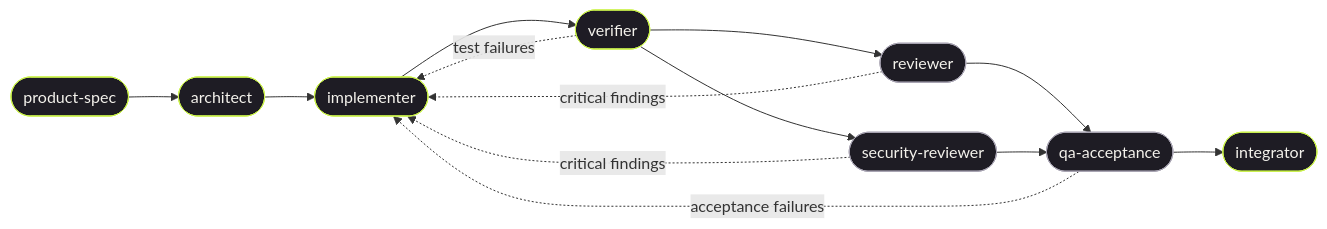
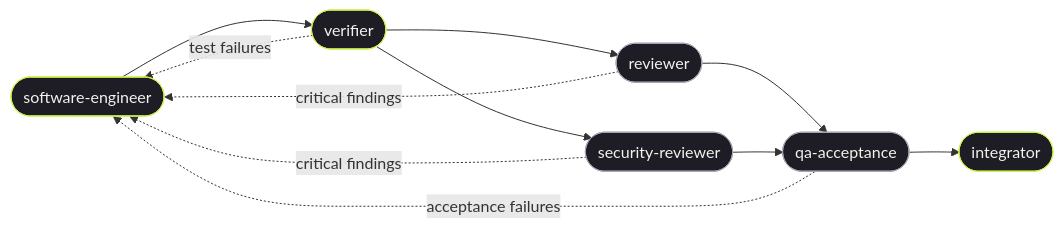
The diagram in CLAUDE.md (leeran7/building-blocks), drawn with Mermaid before and after one commit. The commit also changed other lines of this file and 45 other files, not shown here.

First line of the commit message:
refactor: merge product-spec + architect + implementer into software-engineer

````diff
--- a/CLAUDE.md
+++ b/CLAUDE.md
@@ -36,28 +36,24 @@
 ```mermaid
 graph LR
-  PS([product-spec]) --> A([architect])
-  A --> I([implementer])
-  I --> V([verifier])
+  SE([software-engineer]) --> V([verifier])
 
   V --> R([reviewer])
   V --> SR([security-reviewer])
 
   R --> QA([qa-acceptance])
   SR --> QA
 
   QA --> INT([integrator])
 
-  R -. "critical findings" .-> I
-  SR -. "critical findings" .-> I
-  V -. "test failures" .-> I
-  QA -. "acceptance failures" .-> I
+  R -. "critical findings" .-> SE
+  SR -. "critical findings" .-> SE
+  V -. "test failures" .-> SE
+  QA -. "acceptance failures" .-> SE
 
-  style PS fill:#1e1c24,stroke:#cbf24d,color:#f4f2ec
-  style A fill:#1e1c24,stroke:#cbf24d,color:#f4f2ec
-  style I fill:#1e1c24,stroke:#cbf24d,color:#f4f2ec
+  style SE fill:#1e1c24,stroke:#cbf24d,color:#f4f2ec
   style V fill:#1e1c24,stroke:#cbf24d,color:#f4f2ec
   style R fill:#1e1c24,stroke:#a8a4b2,color:#f4f2ec
   style SR fill:#1e1c24,stroke:#a8a4b2,color:#f4f2ec
   style QA fill:#1e1c24,stroke:#a8a4b2,color:#f4f2ec
   style INT fill:#1e1c24,stroke:#cbf24d,color:#f4f2ec
 ```
````
